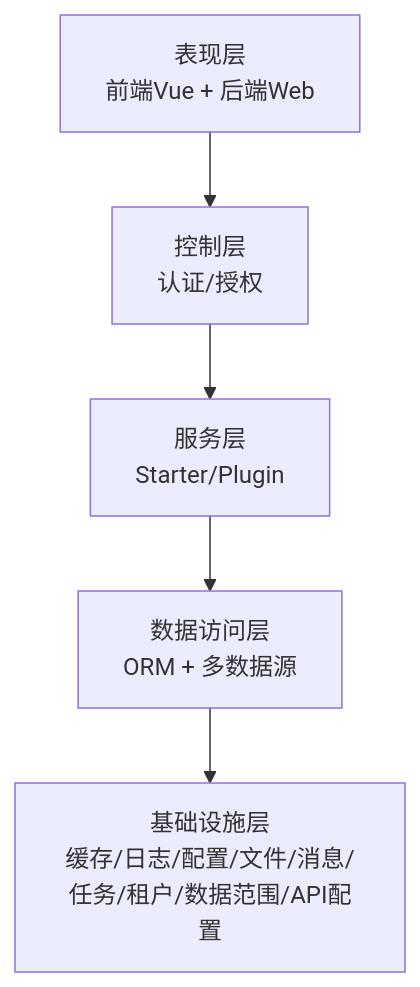
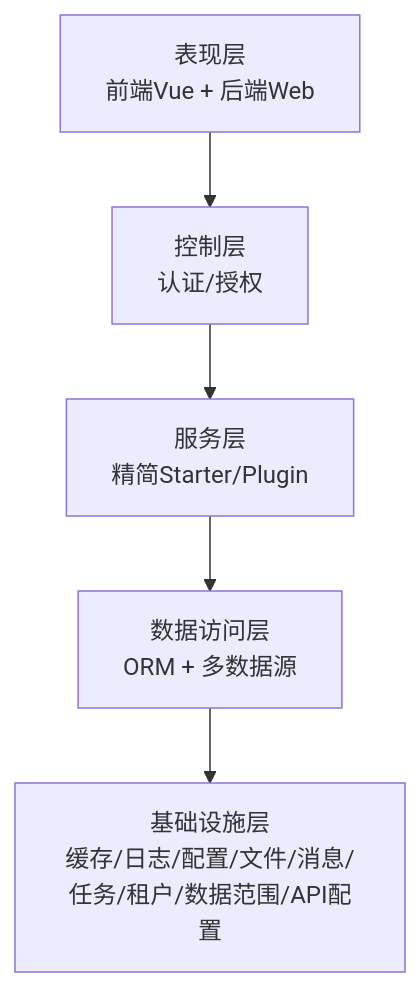
One commit to yaomindong1996/forge-admin changed the sixth of 7 diagrams in .qoder/repowiki/zh/content/系统架构/架构总览.md. Above: the diagram before and after it, drawn with Mermaid. The commit also changed other lines of this file and 76 other files, not shown here.

````diff
--- a/.qoder/repowiki/zh/content/系统架构/架构总览.md
+++ b/.qoder/repowiki/zh/content/系统架构/架构总览.md
@@ -218,7 +243,7 @@
 ```mermaid
 graph TB
 UI["表现层<br/>前端Vue + 后端Web"] --> CTRL["控制层<br/>认证/授权"]
-CTRL --> SVC["服务层<br/>Starter/Plugin"]
+CTRL --> SVC["服务层<br/>精简Starter/Plugin"]
 SVC --> DAO["数据访问层<br/>ORM + 多数据源"]
 DAO --> INFRA["基础设施层<br/>缓存/日志/配置/文件/消息/任务/租户/数据范围/API配置"]
 ```
````
